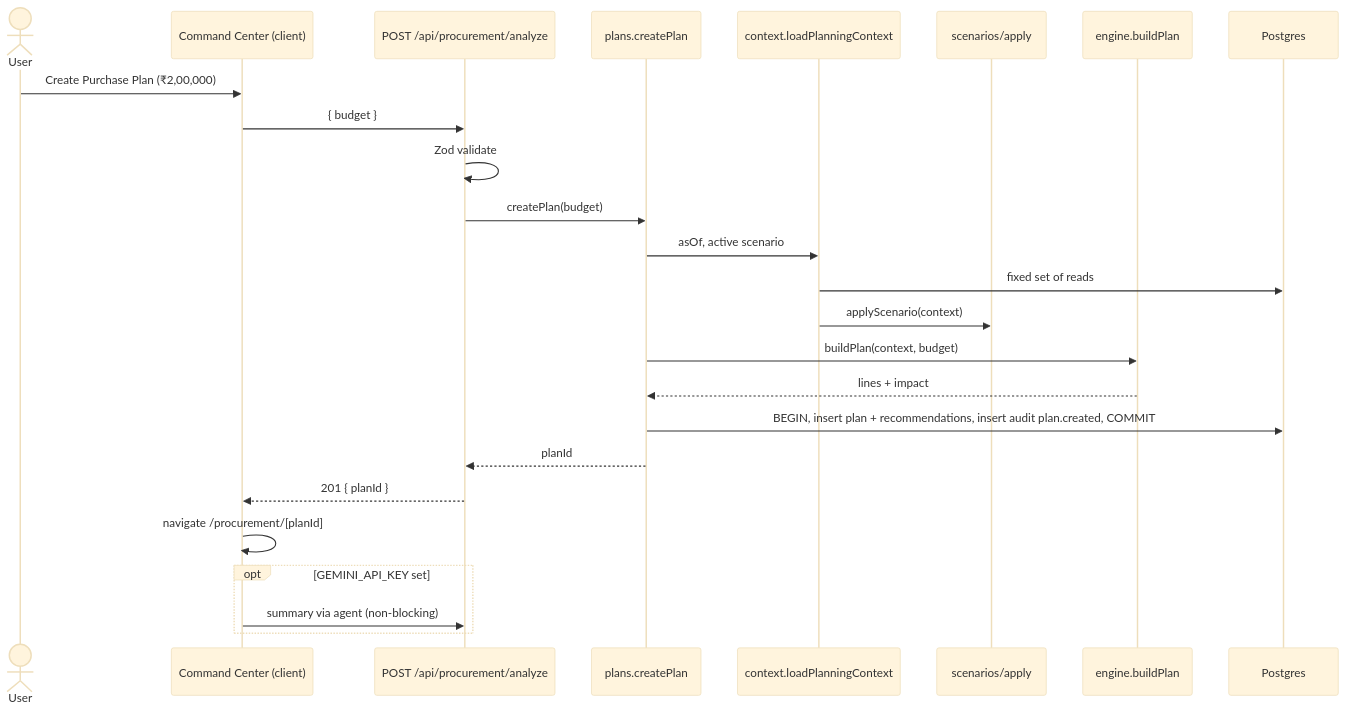
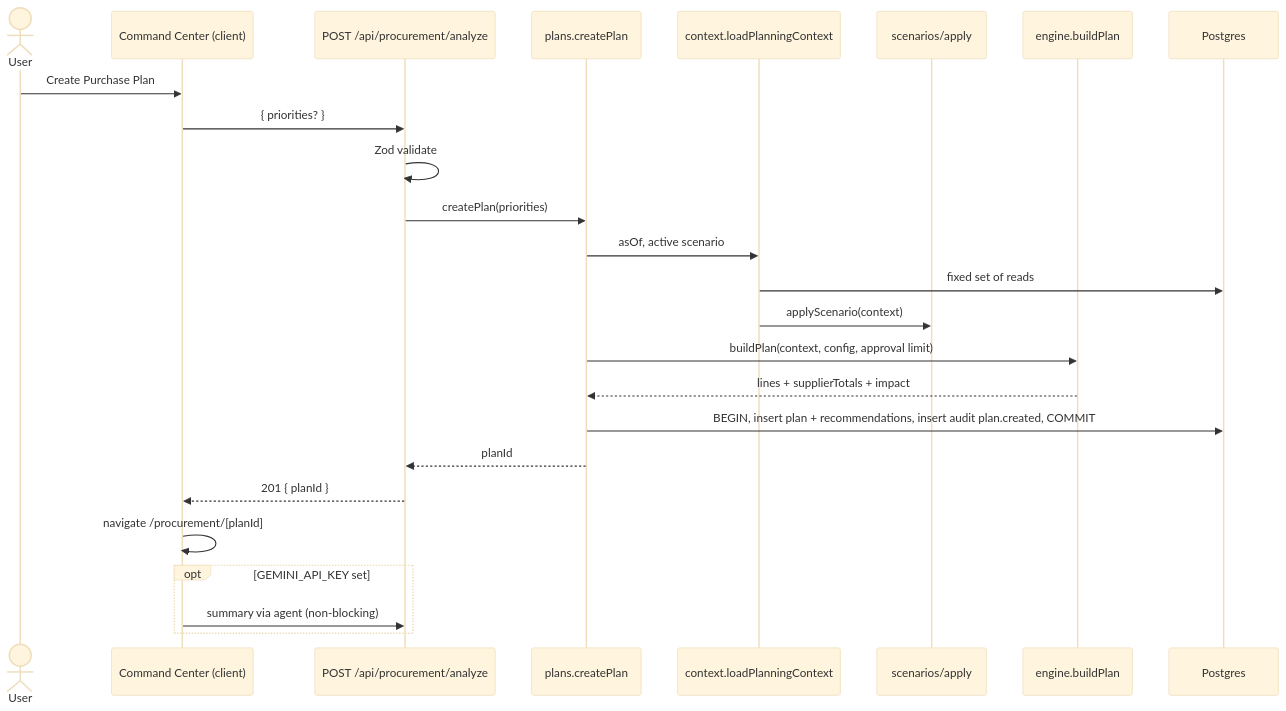
The eighth of 22 diagrams in architecture.md (rushshah973/pharmaos), drawn with Mermaid (base theme) before and after one commit. The commit also changed other lines of this file and 35 other files, not shown here.

First line of the commit message:
Remove the purchase budget; add Owner approval for POs above ₹4,00,000

````diff
--- a/architecture.md
+++ b/architecture.md
@@ -294,27 +294,27 @@
 ```mermaid
 sequenceDiagram
     actor U as User
     participant UI as Command Center (client)
     participant API as POST /api/procurement/analyze
     participant P as plans.createPlan
     participant C as context.loadPlanningContext
     participant S as scenarios/apply
     participant E as engine.buildPlan
     participant DB as Postgres
-    U->>UI: Create Purchase Plan (₹2,00,000)
-    UI->>API: { budget }
+    U->>UI: Create Purchase Plan
+    UI->>API: { priorities? }
     API->>API: Zod validate
-    API->>P: createPlan(budget)
+    API->>P: createPlan(priorities)
     P->>C: asOf, active scenario
     C->>DB: fixed set of reads
     C->>S: applyScenario(context)
-    P->>E: buildPlan(context, budget)
-    E-->>P: lines + impact
+    P->>E: buildPlan(context, config, approval limit)
+    E-->>P: lines + supplierTotals + impact
     P->>DB: BEGIN, insert plan + recommendations, insert audit plan.created, COMMIT
     P-->>API: planId
     API-->>UI: 201 { planId }
     UI->>UI: navigate /procurement/[planId]
     opt GEMINI_API_KEY set
         UI->>API: summary via agent (non-blocking)
     end
 ```
````
